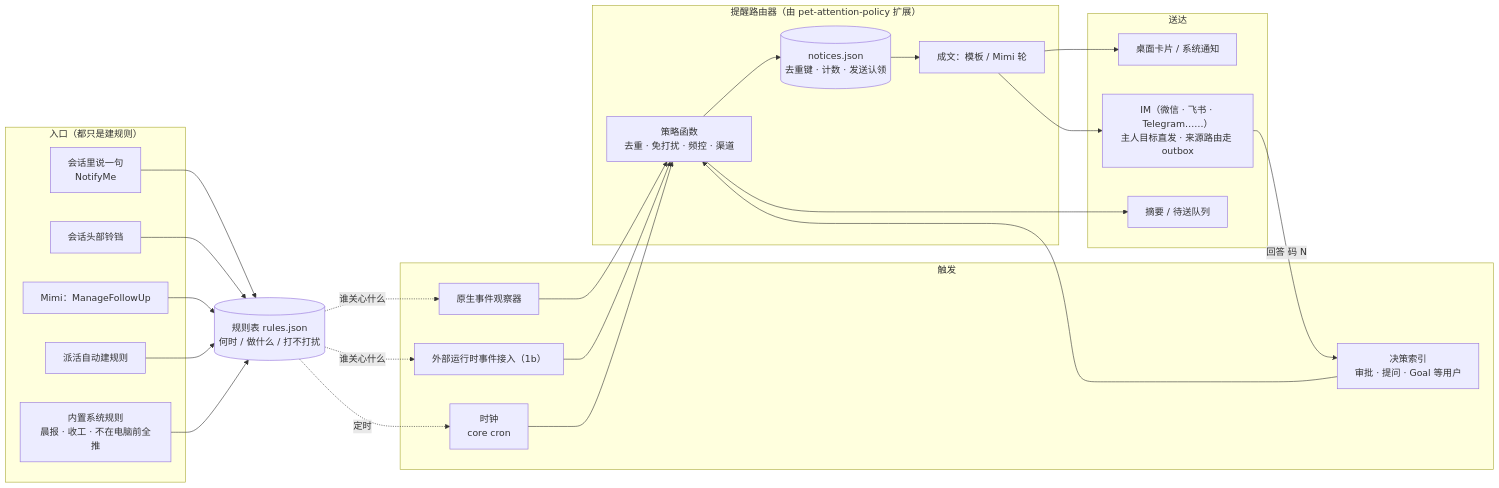
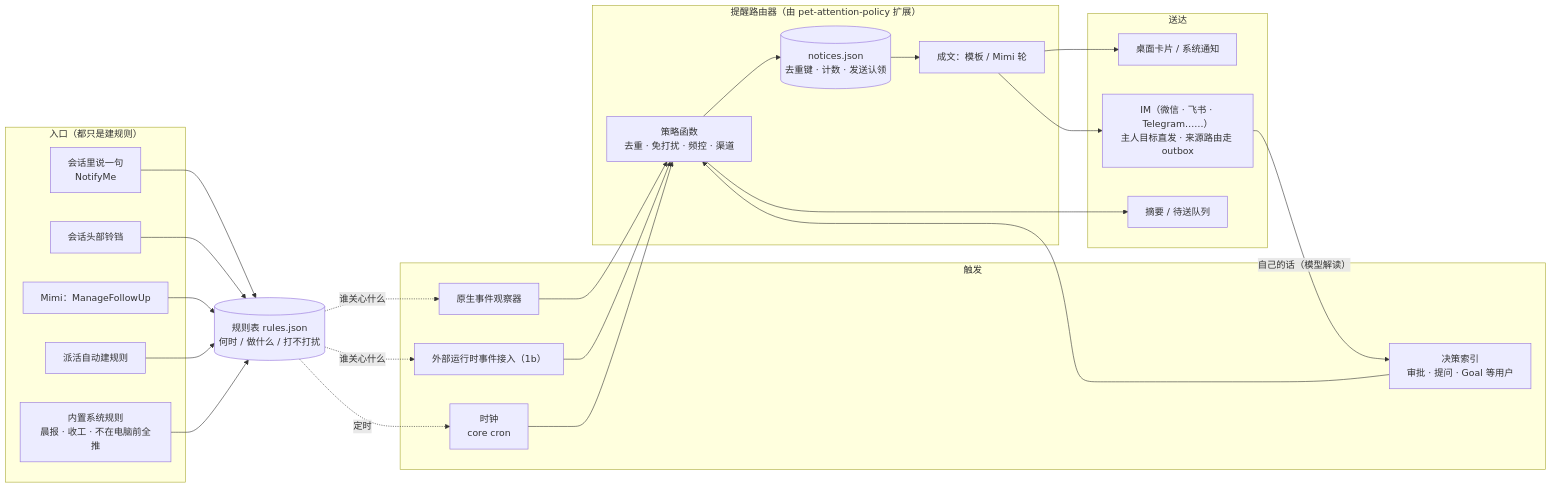
The first of 5 diagrams in docs/superpowers/specs/2026-11-09-mimi-dispatch-notify-proactivity-design.md (cjhyy/codeshell), drawn with Mermaid before and after one commit. The commit also changed other lines of this file and 2 other files, not shown here.

````diff
--- a/docs/superpowers/specs/2026-11-09-mimi-dispatch-notify-proactivity-design.md
+++ b/docs/superpowers/specs/2026-11-09-mimi-dispatch-notify-proactivity-design.md
@@ -101,49 +101,49 @@
 ```mermaid
 flowchart LR
   subgraph IN["入口（都只是建规则）"]
     SAY["会话里说一句<br/>NotifyMe"]
     BELL["会话头部铃铛"]
     FU["Mimi：ManageFollowUp"]
     DEL["派活自动建规则"]
     SYS["内置系统规则<br/>晨报 · 收工 · 不在电脑前全推"]
   end
 
   RULES[("规则表 rules.json<br/>何时 / 做什么 / 打不打扰")]
 
   subgraph TRIG["触发"]
     OBS1["原生事件观察器"]
     OBS2["外部运行时事件接入（1b）"]
     DEC["决策索引<br/>审批 · 提问 · Goal 等用户"]
     CLK["时钟<br/>core cron"]
   end
 
   subgraph ROUTER["提醒路由器（由 pet-attention-policy 扩展）"]
     POL["策略函数<br/>去重 · 免打扰 · 频控 · 渠道"]
     LED[("notices.json<br/>去重键 · 计数 · 发送认领")]
     CMP["成文：模板 / Mimi 轮"]
   end
 
   subgraph OUT["送达"]
     DSK["桌面卡片 / 系统通知"]
     WX["IM（微信 · 飞书 · Telegram……）<br/>主人目标直发 · 来源路由走 outbox"]
     DG["摘要 / 待送队列"]
   end
 
   SAY --> RULES
   BELL --> RULES
   FU --> RULES
   DEL --> RULES
   SYS --> RULES
   RULES -. 谁关心什么 .-> OBS1
   RULES -. 谁关心什么 .-> OBS2
   RULES -. 定时 .-> CLK
   OBS1 --> POL
   OBS2 --> POL
   DEC --> POL
   CLK --> POL
   POL --> LED --> CMP
   CMP --> DSK
   CMP --> WX
   POL --> DG
-  WX -->|"回答 码 N"| DEC
+  WX -->|"自己的话（模型解读）"| DEC
 ```
````
